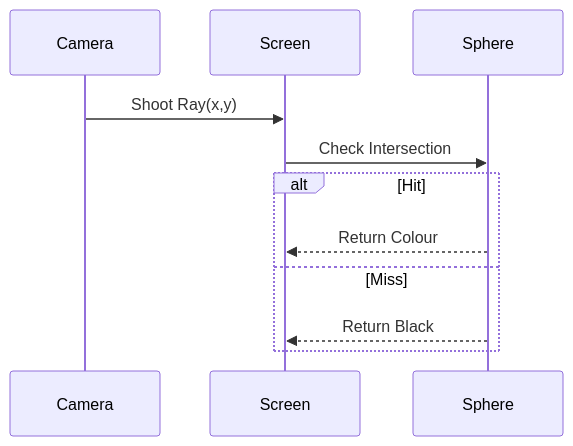
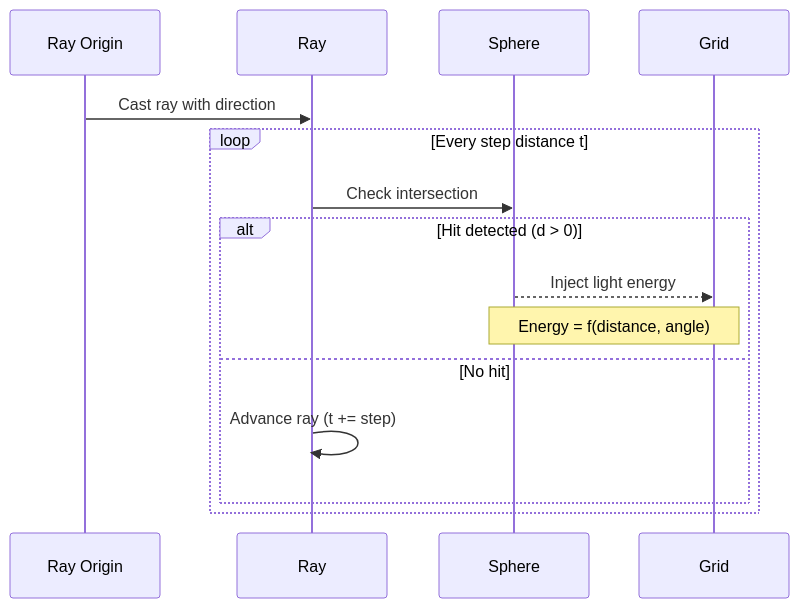
Before and after one commit to Tarawally/fluid-light-transport: the second of 2 diagrams in docs/05_raytracing.qmd, drawn with Mermaid. The commit also changed other lines of this file and 19 other files, not shown here.

````diff
--- a/docs/05_raytracing.qmd
+++ b/docs/05_raytracing.qmd
@@ -9,14 +117,19 @@
 ```{mermaid}
+%%| fig-cap: "Step-by-step ray marching through a scene"
 sequenceDiagram
-    participant Camera
-    participant Screen
-    participant Sphere
-
-    Camera->>Screen: Shoot Ray(x,y)
-    Screen->>Sphere: Check Intersection
-    alt Hit
-        Sphere-->>Screen: Return Colour
-    else Miss
-        Sphere-->>Screen: Return Black
+    participant O as Ray Origin
+    participant R as Ray
+    participant S as Sphere
+    participant G as Grid
+    
+    O->>R: Cast ray with direction
+    loop Every step distance t
+        R->>S: Check intersection
+        alt Hit detected (d > 0)
+            S-->>G: Inject light energy
+            Note over S,G: Energy = f(distance, angle)
+        else No hit
+            R->>R: Advance ray (t += step)
+        end
     end
 ```
````
